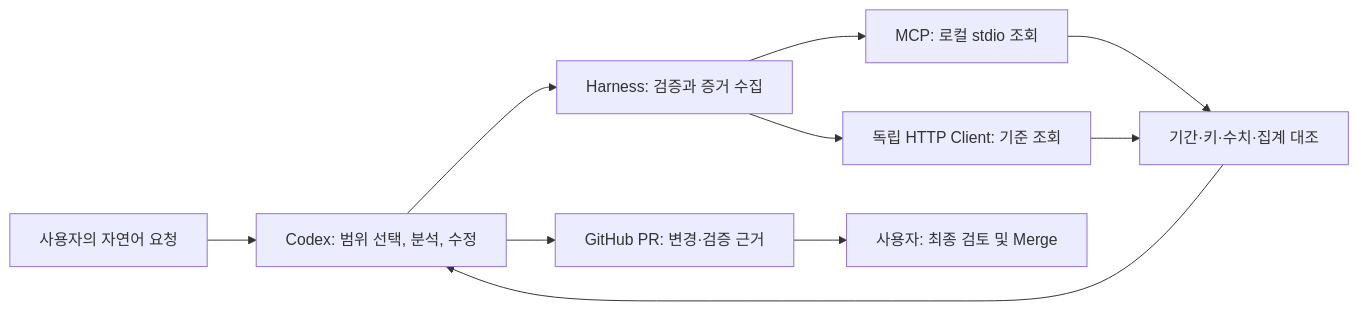
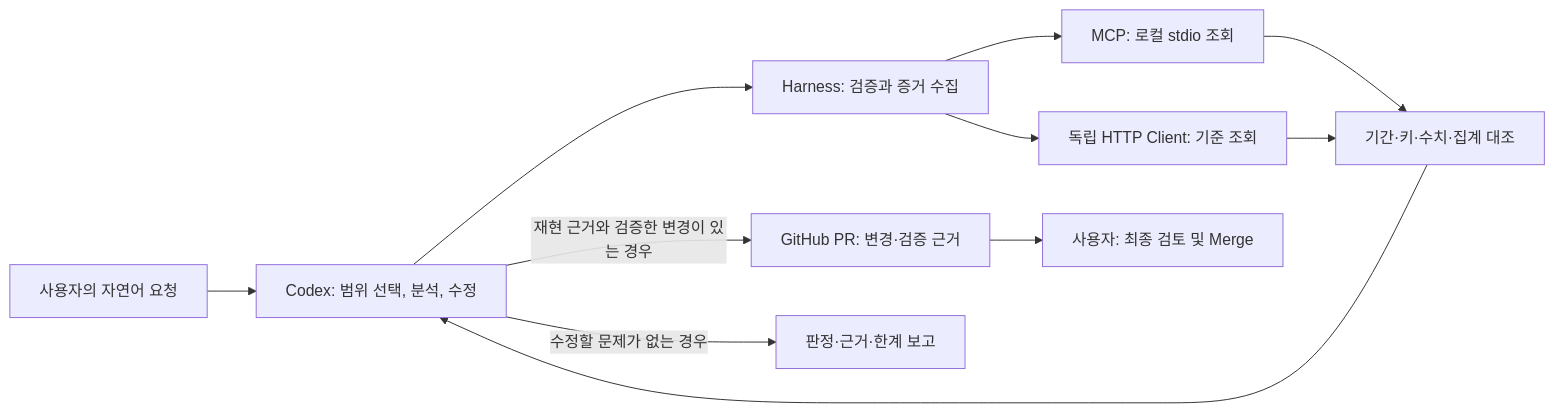
The diagram in README.md (jtlim/whatap-harness-v2), drawn with Mermaid before and after one commit. The commit also changed other lines of this file and 19 other files, not shown here.

````diff
--- a/README.md
+++ b/README.md
@@ -15,12 +15,13 @@
 ```mermaid
 flowchart LR
     U["사용자의 자연어 요청"] --> C["Codex: 범위 선택, 분석, 수정"]
     C --> H["Harness: 검증과 증거 수집"]
     H --> M["MCP: 로컬 stdio 조회"]
     H --> R["독립 HTTP Client: 기준 조회"]
     M --> V["기간·키·수치·집계 대조"]
     R --> V
     V --> C
-    C --> P["GitHub PR: 변경·검증 근거"]
+    C -->|"재현 근거와 검증한 변경이 있는 경우"| P["GitHub PR: 변경·검증 근거"]
+    C -->|"수정할 문제가 없는 경우"| N["판정·근거·한계 보고"]
     P --> A["사용자: 최종 검토 및 Merge"]
 ```
````
